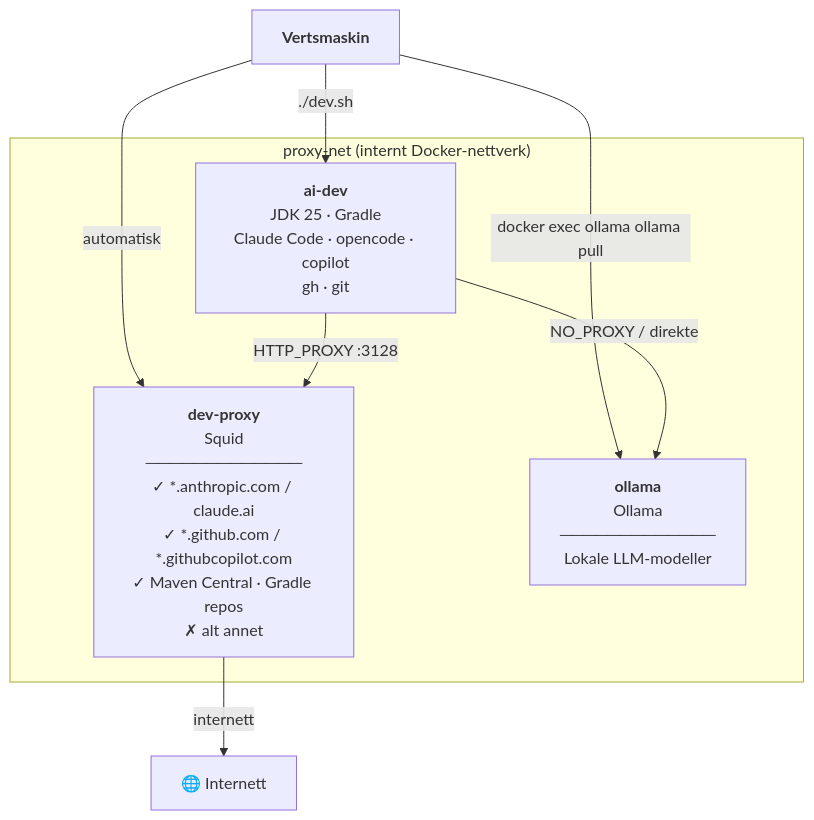
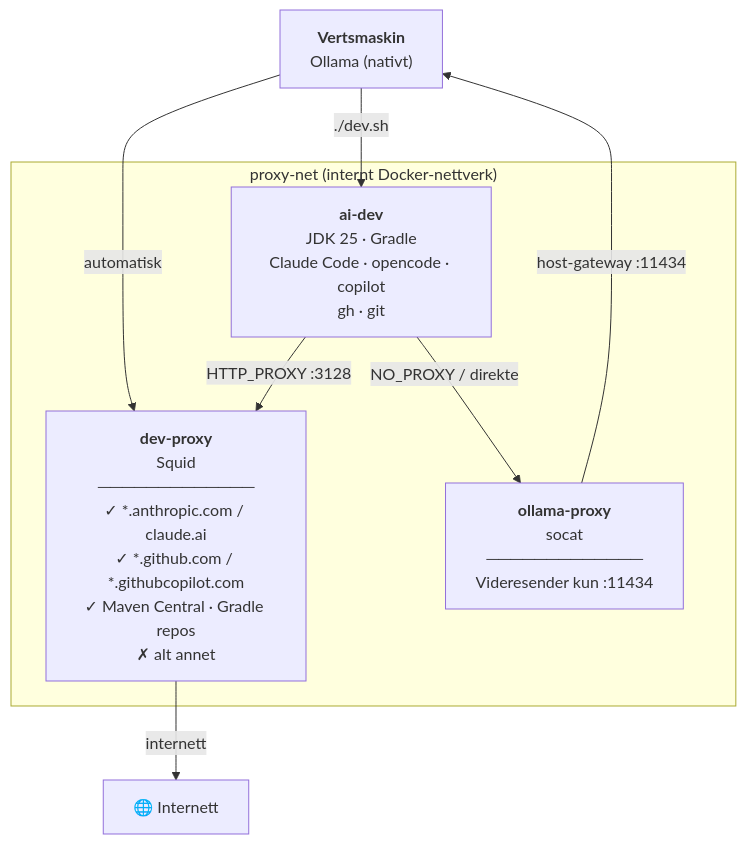
Before and after one commit to bekk/agentic-ai-tools: the diagram in dev-sandbox/jdk-gradle/README.md, drawn with Mermaid. The commit also changed other lines of this file, not shown here.

First line of the commit message:
Update README to reflect native Ollama and ollama-proxy setup

````diff
--- a/dev-sandbox/jdk-gradle/README.md
+++ b/dev-sandbox/jdk-gradle/README.md
@@ -25,18 +25,18 @@
 ```mermaid
 graph TD
-    host["<b>Vertsmaskin</b>"]
+    host["<b>Vertsmaskin</b><br/>Ollama (nativt)"]
 
     host -->|"./dev.sh"| aidev
     host -->|"automatisk"| proxy
-    host -->|"docker exec ollama ollama pull"| ollama
+    ollamaproxy -->|"host-gateway :11434"| host
 
     aidev -->|"HTTP_PROXY :3128"| proxy
-    aidev -->|"NO_PROXY / direkte"| ollama
+    aidev -->|"NO_PROXY / direkte"| ollamaproxy
     proxy -->|"internett"| internet["🌐 Internett"]
 
     subgraph proxy-net ["proxy-net (internt Docker-nettverk)"]
         aidev["<b>ai-dev</b><br/>JDK 25 · Gradle<br/>Claude Code · opencode · copilot<br/>gh · git"]
         proxy["<b>dev-proxy</b><br/>Squid<br/>─────────────<br/>✓ *.anthropic.com / claude.ai<br/>✓ *.github.com / *.githubcopilot.com<br/>✓ Maven Central · Gradle repos<br/>✗ alt annet"]
-        ollama["<b>ollama</b><br/>Ollama<br/>─────────────<br/>Lokale LLM-modeller"]
+        ollamaproxy["<b>ollama-proxy</b><br/>socat<br/>─────────────<br/>Videresender kun :11434"]
     end
 ```
````
